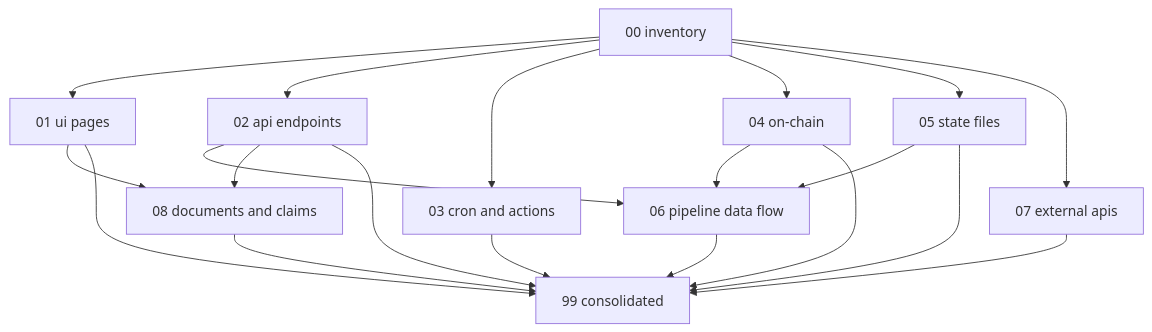
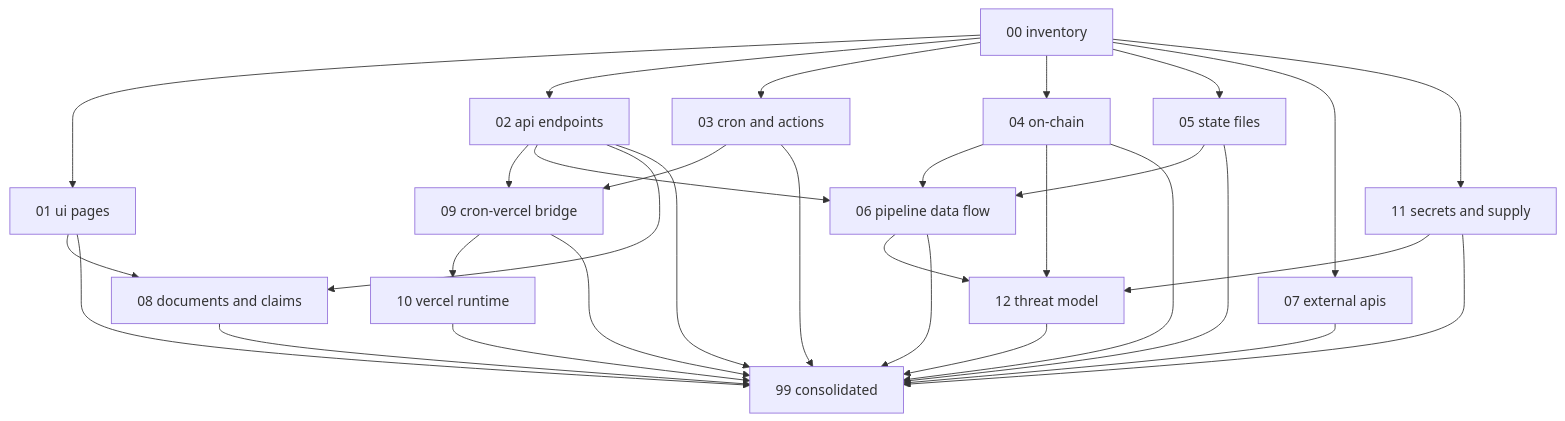
One commit to USBVadik/TuringVault-Core changed the diagram in .kiro/specs/system-audit-pre-submission/design.md. Above: the diagram before and after it, drawn with Mermaid. The commit also changed other lines of this file and 2 other files, not shown here.

First paragraph of the commit message:
spec(audit): add Vercel bridge, Vercel runtime, secrets, and threat model coverage
Initial audit spec covered surface inventory, UI, API, cron, on-chain, state files, pipeline data flow, external APIs, and document claims. Operator flagged four gaps:

````diff
--- a/.kiro/specs/system-audit-pre-submission/design.md
+++ b/.kiro/specs/system-audit-pre-submission/design.md
@@ -139,22 +146,33 @@
 ```mermaid
 flowchart TD
   Inv[00 inventory] --> UI[01 ui pages]
   Inv --> API[02 api endpoints]
   Inv --> Cron[03 cron and actions]
   Inv --> Chain[04 on-chain]
   Inv --> State[05 state files]
   Inv --> Ext[07 external apis]
+  Cron --> Bridge[09 cron-vercel bridge]
+  API --> Bridge
   API --> Pipe[06 pipeline data flow]
   State --> Pipe
   Chain --> Pipe
   UI --> Docs[08 documents and claims]
   API --> Docs
-  Pipe --> Cons[99 consolidated]
-  UI --> Cons
+  Bridge --> Vercel[10 vercel runtime]
+  Inv --> Sec[11 secrets and supply]
+  Pipe --> Threat[12 threat model]
+  Sec --> Threat
+  Chain --> Threat
+  UI --> Cons[99 consolidated]
   API --> Cons
   Cron --> Cons
   Chain --> Cons
   State --> Cons
   Ext --> Cons
+  Pipe --> Cons
   Docs --> Cons
+  Bridge --> Cons
+  Vercel --> Cons
+  Sec --> Cons
+  Threat --> Cons
 ```
````
